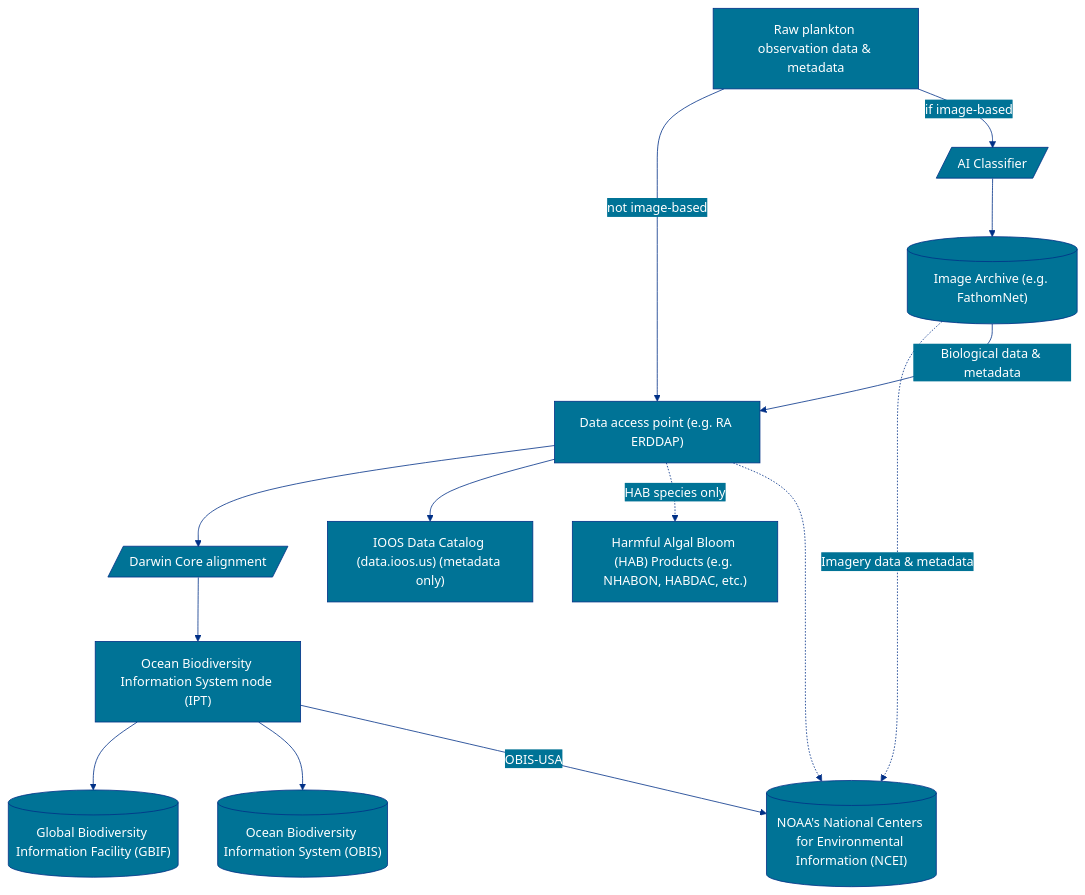
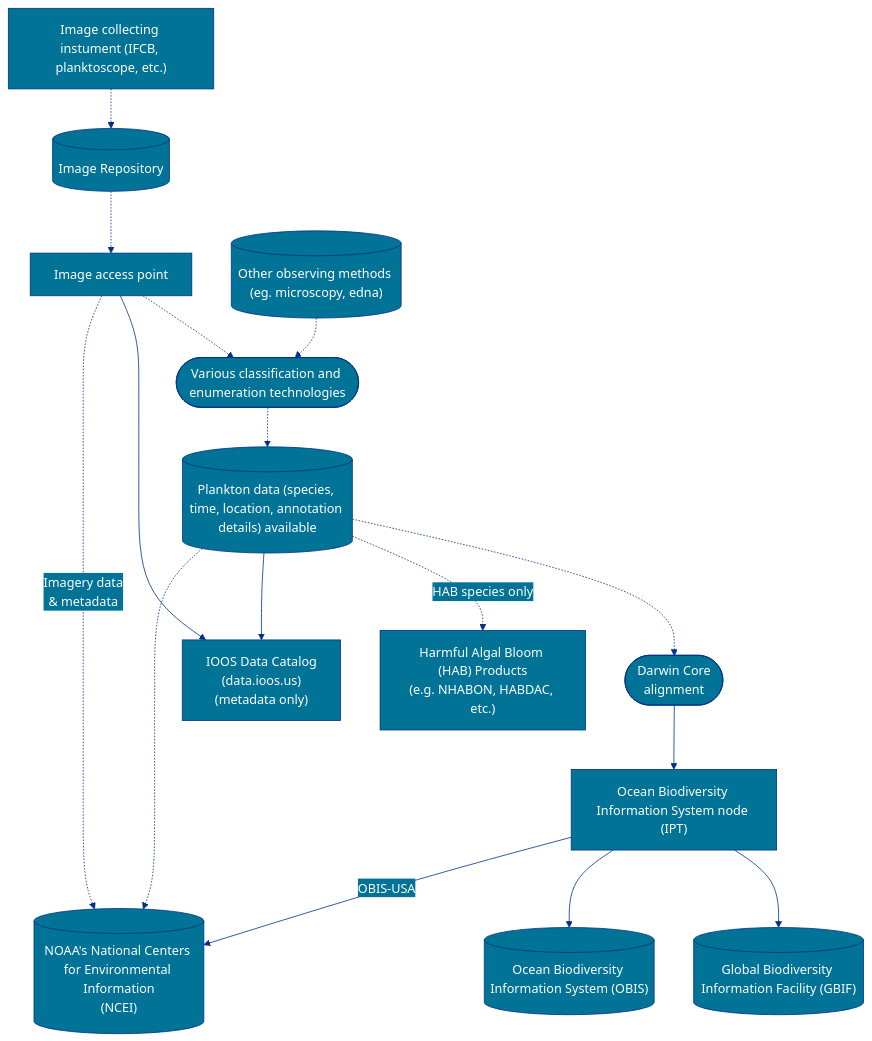
One commit to ioos/marine_life_data_network changed the fifth of 5 diagrams in _docs/index.md. Above: the diagram before and after it, drawn with Mermaid.

Commit message:
Update index.md
Updating plankton data flow

````diff
--- a/_docs/index.md
+++ b/_docs/index.md
@@ -317,45 +317,50 @@
 ```mermaid
-
 %%{
   init: {
     'theme': 'base',
     'themeVariables': {
       'primaryColor': '#007396',
       'primaryTextColor': '#fff',
       'primaryBorderColor': '#003087',
       'lineColor': '#003087',
       'secondaryColor': '#007396',
       'tertiaryColor': '#CCD1D1'
     },
    'flowchart': { 'curve': 'basis' }
   }
 }%%
 
 flowchart TD
 
-A["Raw plankton observation data & metadata"]
-B["Data access point (e.g. RA ERDDAP)"]
-C[/Darwin Core alignment/]
-D[/AI Classifier/]
-E[("NOAA's National Centers for Environmental Information (NCEI)")]
+A["Image collecting instument (IFCB, planktoscope, etc.)"]
+B["Image access point"]
+C([Darwin Core<br/>alignment])
+D([Various classification and enumeration technologies])
+E[("NOAA's National Centers for Environmental Information<br/>(NCEI)")]
 F["Ocean Biodiversity Information System node (IPT)"]
 G[("Global Biodiversity Information Facility (GBIF)")]
 H[("Ocean Biodiversity Information System (OBIS)")]
-I["IOOS Data Catalog (data.ioos.us) (metadata only)"]
-J["Harmful Algal Bloom (HAB) Products (e.g. NHABON, HABDAC, etc.)"]
-K[("Image Archive (e.g. FathomNet)")]
+I["IOOS Data Catalog<br/>(data.ioos.us)<br/>(metadata only)"]
+J["Harmful Algal Bloom (HAB) Products<br/>(e.g. NHABON, HABDAC, etc.)"]
+K[("Image Repository")]
+X[("Plankton data (species, time, location, annotation details) available")]
+A1[("Other observing methods (eg. microscopy, edna)")]
 
-A -->|not image-based| B
-A -->|if image-based| D
-D --> K
-K -. Imagery data & metadata .-> E
-K -- Biological data & metadata --> B
-B --> C
+
+A1 -.-> D
+
+A -.-> K
+B -.-> D
+K -.-> B
+D -.-> X
+X -.-> C
 B --> I
-B -.->|HAB species only| J
-B -.-> E
+X -.->|HAB species only| J
+X --> I
+B -.Imagery data<br/>& metadata.-> E
 C --> F
 F --> G
 F --> H
 F -- OBIS-USA --> E
+X -.-> E
 ```
````
